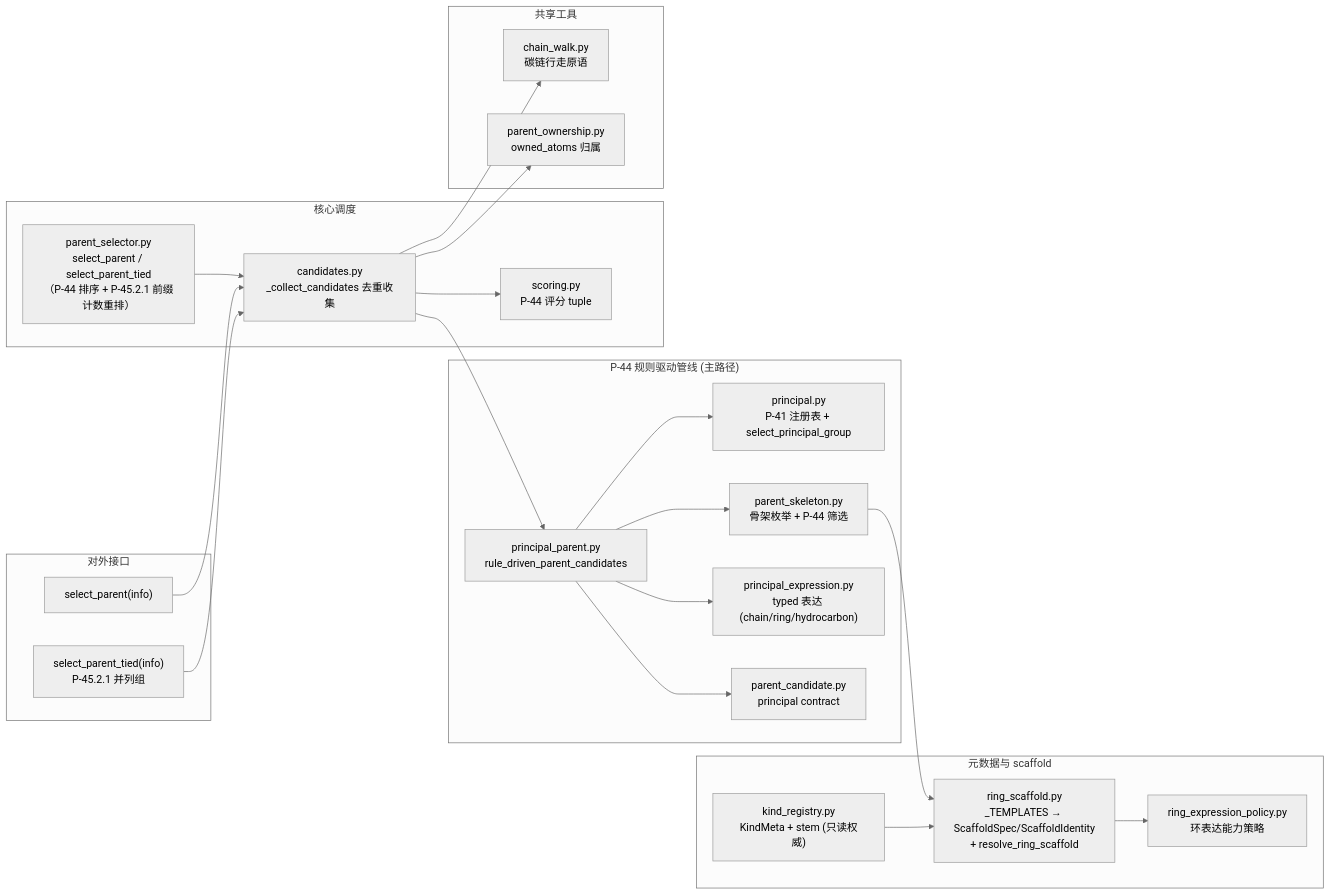
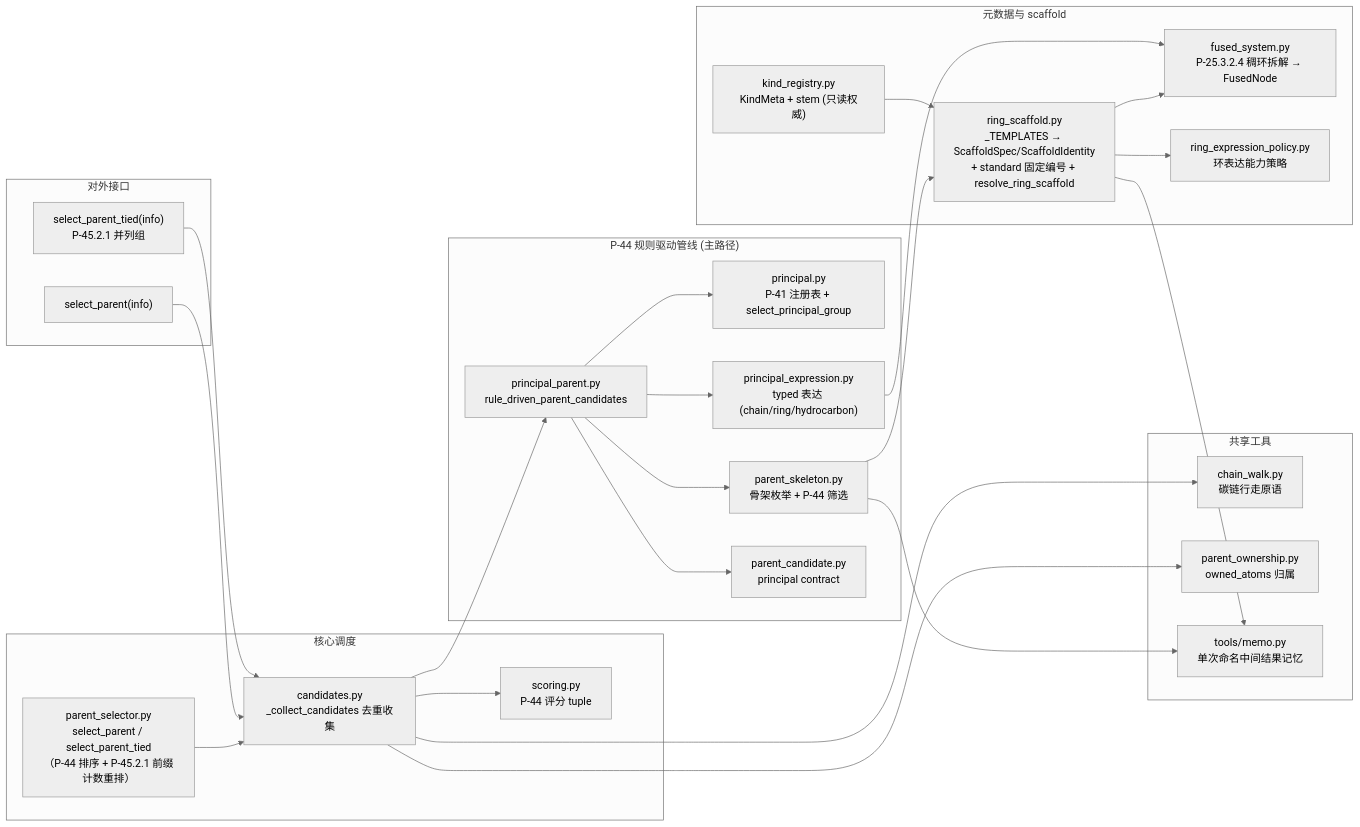
The fourth of 4 diagrams in docs/wiki/architecture/layer2-parent-selector.md (zouxiaofei1/OpenSMILES), drawn with Mermaid (neutral theme) before and after one commit. The commit also changed other lines of this file and 17 other files, not shown here.

````diff
--- a/docs/wiki/architecture/layer2-parent-selector.md
+++ b/docs/wiki/architecture/layer2-parent-selector.md
@@ -258,43 +279,49 @@
 ```mermaid
 flowchart LR
     subgraph Public_API["对外接口"]
         SP["select_parent(info)"]
         SPT["select_parent_tied(info)<br/>P-45.2.1 并列组"]
     end
 
     subgraph Principal["P-44 规则驱动管线 (主路径)"]
         PR["principal.py<br/>P-41 注册表 + select_principal_group"]
         SKEL["parent_skeleton.py<br/>骨架枚举 + P-44 筛选"]
         PEXPR["principal_expression.py<br/>typed 表达 (chain/ring/hydrocarbon)"]
         PPR["principal_parent.py<br/>rule_driven_parent_candidates"]
         PCAND["parent_candidate.py<br/>principal contract"]
     end
 
     subgraph Core["核心调度"]
         CAND["candidates.py<br/>_collect_candidates 去重收集"]
         SCORE["scoring.py<br/>P-44 评分 tuple"]
         PSEL["parent_selector.py<br/>select_parent / select_parent_tied<br/>（P-44 排序 + P-45.2.1 前缀计数重排）"]
     end
 
     subgraph Registry["元数据与 scaffold"]
         KR["kind_registry.py<br/>KindMeta + stem (只读权威)"]
-        RSCAFF["ring_scaffold.py<br/>_TEMPLATES → ScaffoldSpec/ScaffoldIdentity<br/>+ resolve_ring_scaffold"]
+        RSCAFF["ring_scaffold.py<br/>_TEMPLATES → ScaffoldSpec/ScaffoldIdentity<br/>+ standard 固定编号 + resolve_ring_scaffold"]
+        FUSED["fused_system.py<br/>P-25.3.2.4 稠环拆解 → FusedNode"]
         REP["ring_expression_policy.py<br/>环表达能力策略"]
     end
 
     subgraph Utilities["共享工具"]
         CW["chain_walk.py<br/>碳链行走原语"]
         OWN["parent_ownership.py<br/>owned_atoms 归属"]
+        MEMO["tools/memo.py<br/>单次命名中间结果记忆"]
     end
 
     PSEL --> CAND
     SP --> CAND
     SPT --> CAND
     CAND --> PPR
     PPR --> PR & SKEL & PEXPR & PCAND
     SKEL --> RSCAFF
     KR --> RSCAFF
     RSCAFF --> REP
+    RSCAFF --> FUSED
+    PEXPR --> FUSED
     CAND --> SCORE & OWN
     CAND --> CW
+    RSCAFF --> MEMO
+    SKEL --> MEMO
 ```
````
